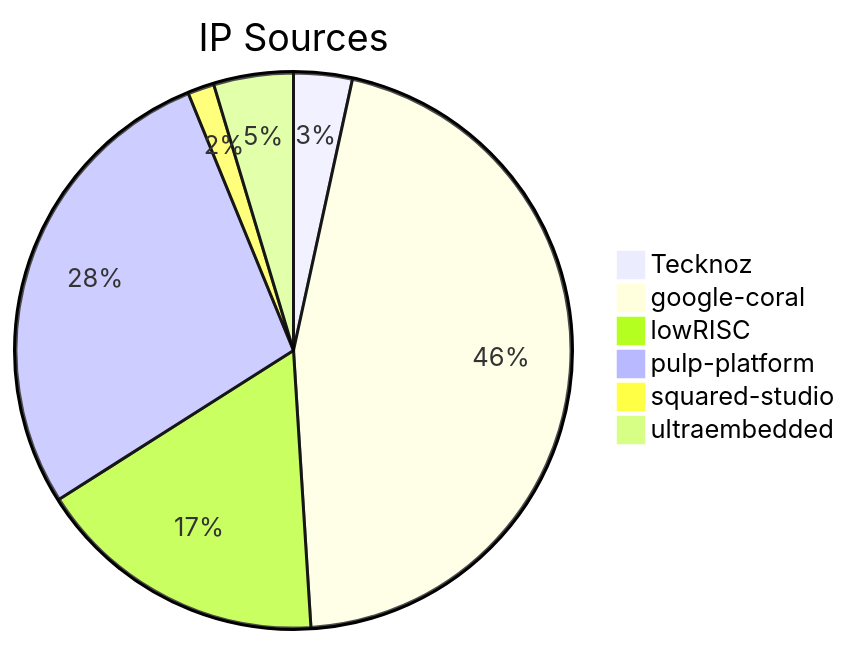
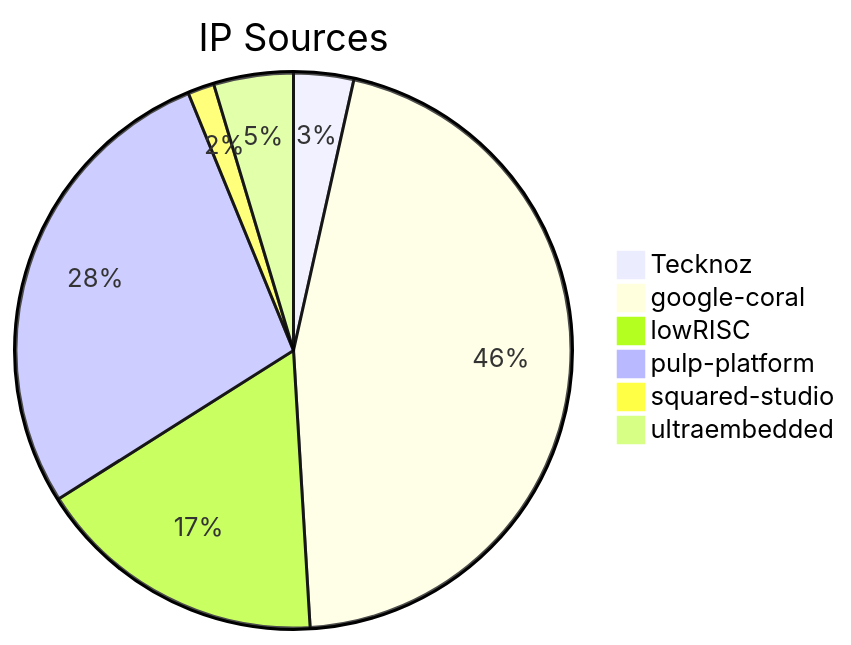
The diagram in README.md (TecknozBD/Hyper-Titan), drawn with Mermaid before and after one commit.

Commit message:
Update IP source count for Tecknoz in README

````diff
--- a/README.md
+++ b/README.md
@@ -116,10 +116,10 @@
 ```mermaid
 %%{init: {"pie": {"sort": false}} }%%
 pie title IP Sources
-  "Tecknoz" : 4409
+  "Tecknoz" : 4526
   "google-coral" : 59000
   "lowRISC" : 22000
   "pulp-platform" : 36000
   "squared-studio": 2000
   "ultraembedded": 6000
 ```
````
